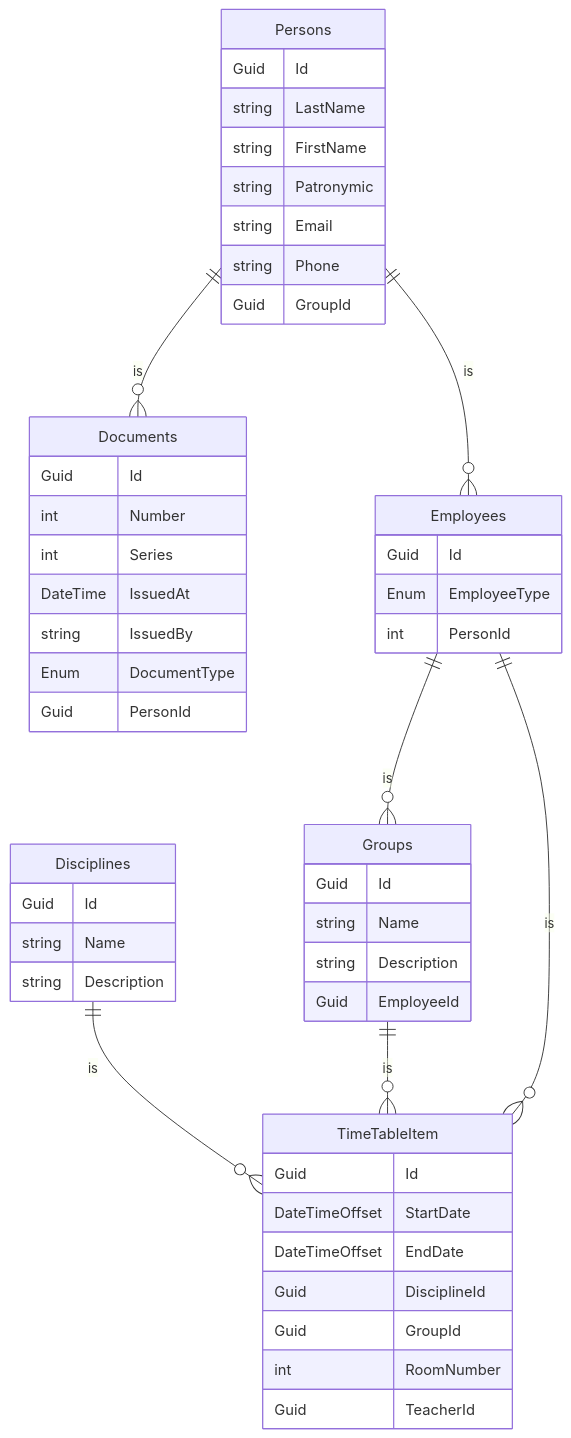
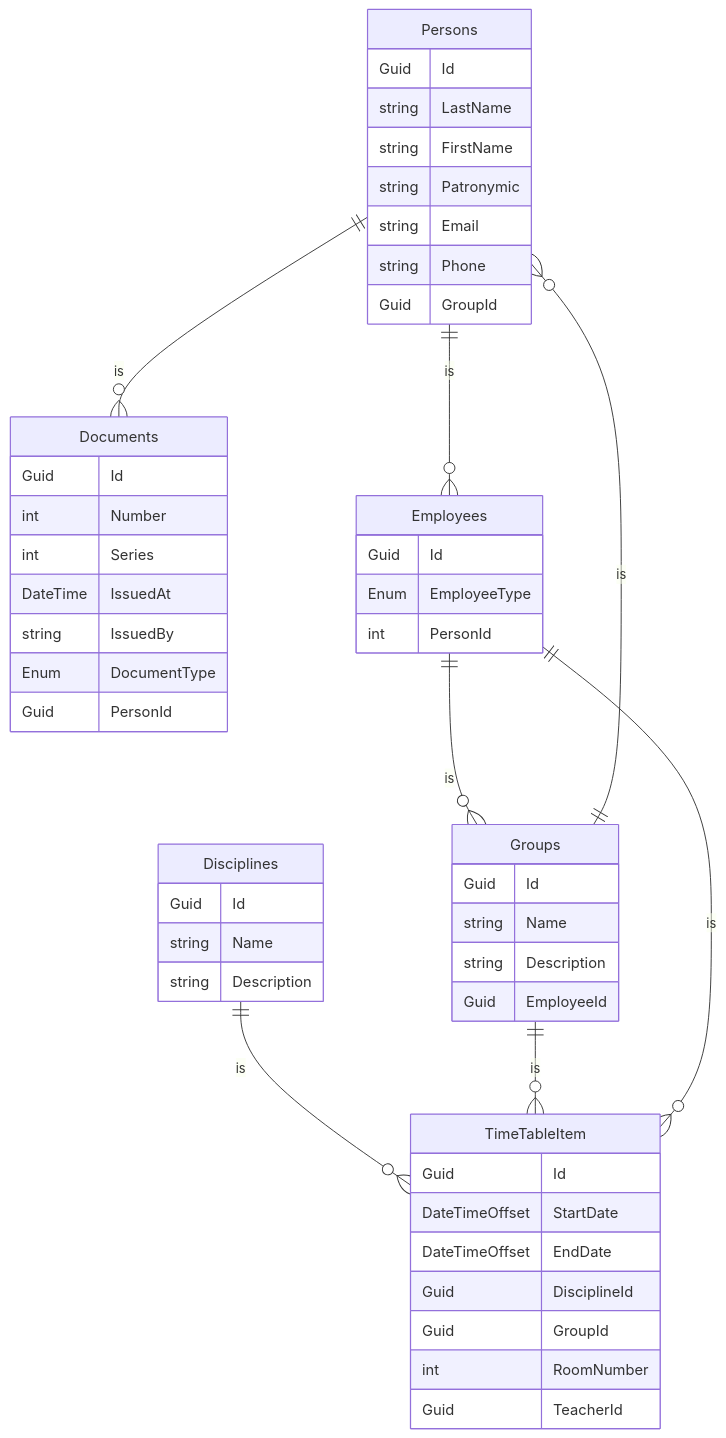
Before and after one commit to SlavaNik16/Accessories_PC_Nik_Api: the diagram in README.md, drawn with Mermaid.

````diff
--- a/README.md
+++ b/README.md
@@ -5,58 +5,59 @@
 ```mermaid
 erDiagram
 
     Persons {
         Guid Id
         string LastName
         string FirstName
         string Patronymic
         string Email
         string Phone
         Guid GroupId
     }
     
     Documents {
         Guid Id
         int Number
         int Series
         DateTime IssuedAt
         string IssuedBy
         Enum DocumentType
         Guid PersonId
     }
     
     Disciplines {
             Guid Id
             string Name
             string Description
     }
     
     Employees {
         Guid Id
         Enum EmployeeType
         int PersonId
     }
 
     Groups {
                 Guid Id
                 string Name
                 string Description
                 Guid EmployeeId
     }
 
      TimeTableItem {
             Guid Id
             DateTimeOffset StartDate
             DateTimeOffset EndDate
             Guid DisciplineId
             Guid GroupId
             int RoomNumber
             Guid TeacherId
     }
     Persons ||--o{ Documents: is
     Persons ||--o{ Employees: is
+    Groups ||--o{ Persons: is
     Employees ||--o{ Groups: is
     Disciplines ||--o{ TimeTableItem: is
     Groups ||--o{ TimeTableItem: is
     Employees ||--o{ TimeTableItem: is
 ```
````
